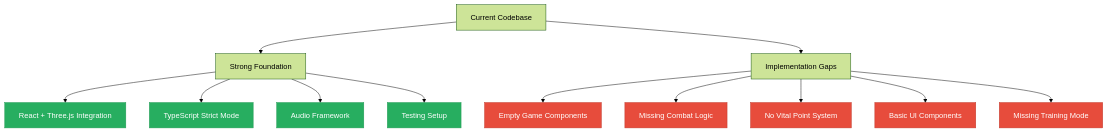
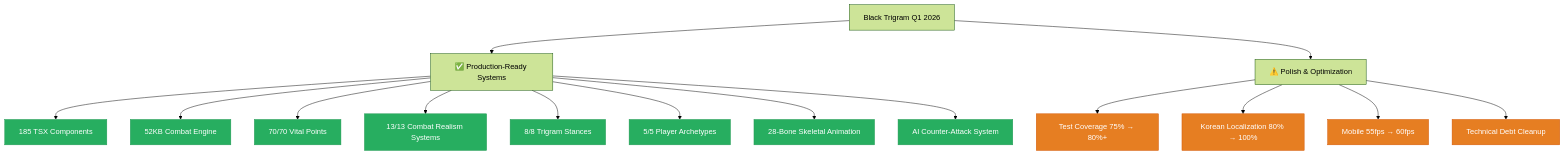
Before and after one commit to Hack23/blacktrigram: the first of 15 diagrams in FUTURE_ARCHITECTURE.md, drawn with Mermaid (forest theme). The commit also changed other lines of this file, not shown here.

First line of the commit message:
Rewrite outdated FUTURE_ARCHITECTURE.md Current State Analysis with accurate Q1 2026 metrics

````diff
--- a/FUTURE_ARCHITECTURE.md
+++ b/FUTURE_ARCHITECTURE.md
@@ -60,22 +68,25 @@
 ```mermaid
 graph TD
-    A[Current Codebase] --> B[Strong Foundation]
-    A --> C[Implementation Gaps]
+    A[Black Trigram Q1 2026] --> B[✅ Production-Ready Systems]
+    A --> C[⚠️ Polish & Optimization]
 
-    B --> B1[React + Three.js Integration]
-    B --> B2[TypeScript Strict Mode]
-    B --> B3[Audio Framework]
-    B --> B4[Testing Setup]
+    B --> B1[185 TSX Components]
+    B --> B2[52KB Combat Engine]
+    B --> B3[70/70 Vital Points]
+    B --> B4[13/13 Combat Realism Systems]
+    B --> B5[8/8 Trigram Stances]
+    B --> B6[5/5 Player Archetypes]
+    B --> B7[28-Bone Skeletal Animation]
+    B --> B8[AI Counter-Attack System]
 
-    C --> C1[Empty Game Components]
-    C --> C2[Missing Combat Logic]
-    C --> C3[No Vital Point System]
-    C --> C4[Basic UI Components]
-    C --> C5[Missing Training Mode]
+    C --> C1[Test Coverage 75% → 80%+]
+    C --> C2[Korean Localization 80% → 100%]
+    C --> C3[Mobile 55fps → 60fps]
+    C --> C4[Technical Debt Cleanup]
 
-    classDef strength fill:#27ae60,stroke:#229954,color:white
-    classDef gap fill:#e74c3c,stroke:#c0392b,color:white
+    classDef complete fill:#27ae60,stroke:#229954,color:white
+    classDef inprogress fill:#e67e22,stroke:#d35400,color:white
 
-    class B1,B2,B3,B4 strength
-    class C1,C2,C3,C4,C5 gap
+    class B1,B2,B3,B4,B5,B6,B7,B8 complete
+    class C1,C2,C3,C4 inprogress
 ```
````
